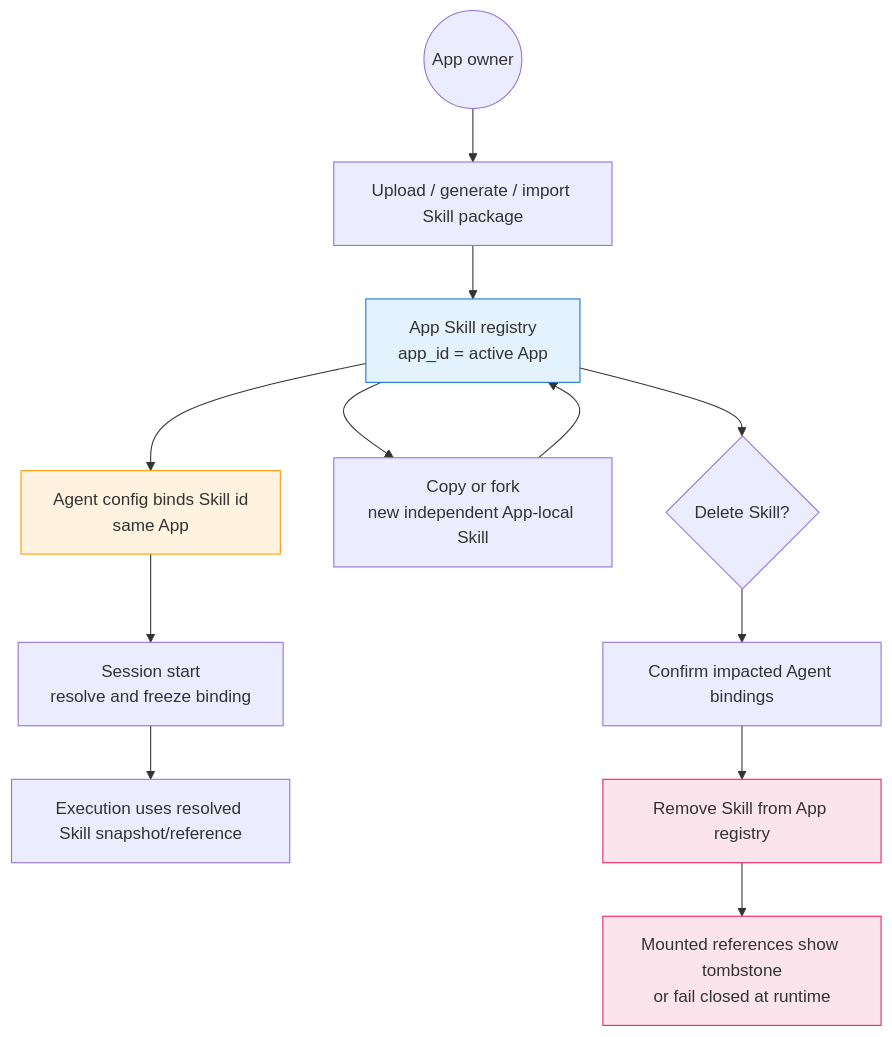
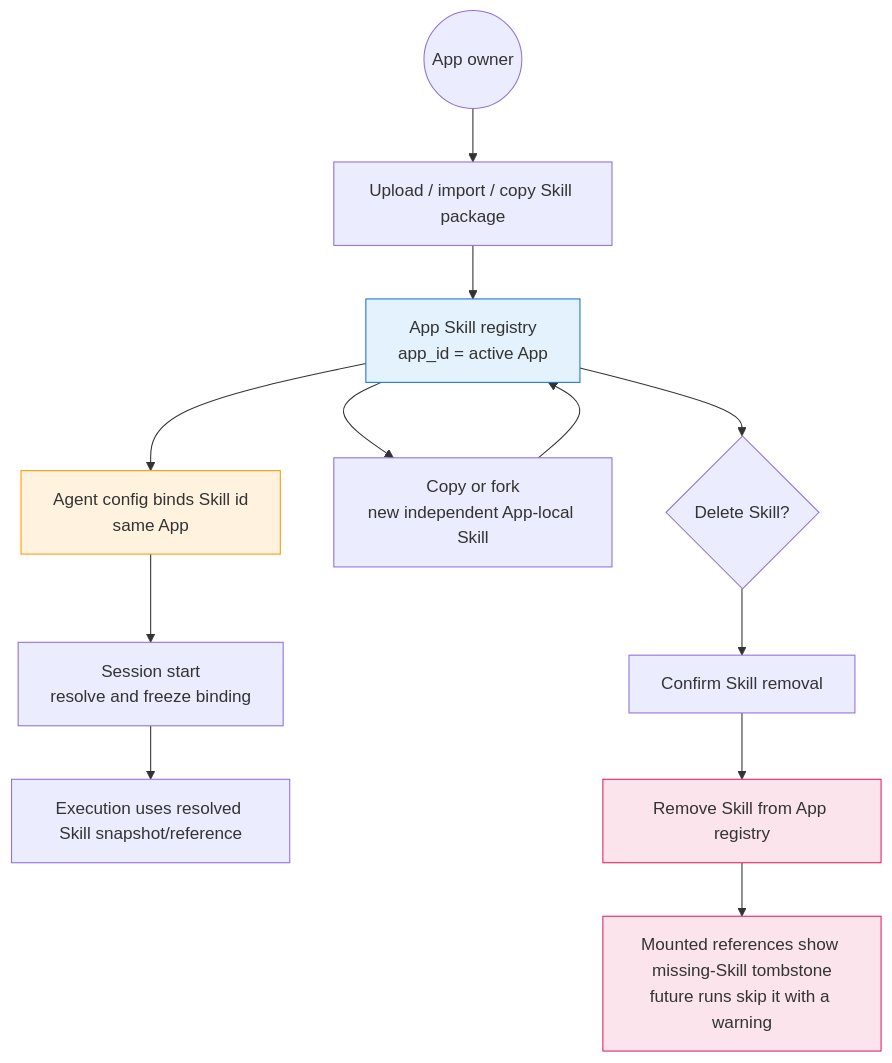
One commit to langgenius/mosoo changed the diagram in docs/prd/skill-interaction.md. Above: the diagram before and after it, drawn with Mermaid. The commit also changed other lines of this file and 66 other files, not shown here.

````diff
--- a/docs/prd/skill-interaction.md
+++ b/docs/prd/skill-interaction.md
@@ -179,22 +196,22 @@
 ```mermaid
 flowchart TD
-    OWNER(("App owner")) --> CREATE["Upload / generate / import Skill package"]
+    OWNER(("App owner")) --> CREATE["Upload / import / copy Skill package"]
     CREATE --> REGISTRY["App Skill registry<br/>app_id = active App"]
 
     REGISTRY --> BIND["Agent config binds Skill id<br/>same App"]
     BIND --> RUN["Session start<br/>resolve and freeze binding"]
     RUN --> EXECUTE["Execution uses resolved Skill snapshot/reference"]
 
     REGISTRY --> COPY["Copy or fork<br/>new independent App-local Skill"]
     COPY --> REGISTRY
 
     REGISTRY --> DELETE_Q{"Delete Skill?"}
-    DELETE_Q --> CONFIRM["Confirm impacted Agent bindings"]
+    DELETE_Q --> CONFIRM["Confirm Skill removal"]
     CONFIRM --> DELETE["Remove Skill from App registry"]
-    DELETE --> TOMBSTONE["Mounted references show tombstone<br/>or fail closed at runtime"]
+    DELETE --> TOMBSTONE["Mounted references show missing-Skill tombstone<br/>future runs skip it with a warning"]
 
     style REGISTRY fill:#e3f2fd,stroke:#1976d2
     style BIND fill:#fff3e0,stroke:#ff9800
     style DELETE fill:#fce4ec,stroke:#e91e63
     style TOMBSTONE fill:#fce4ec,stroke:#e91e63
 ```
````
